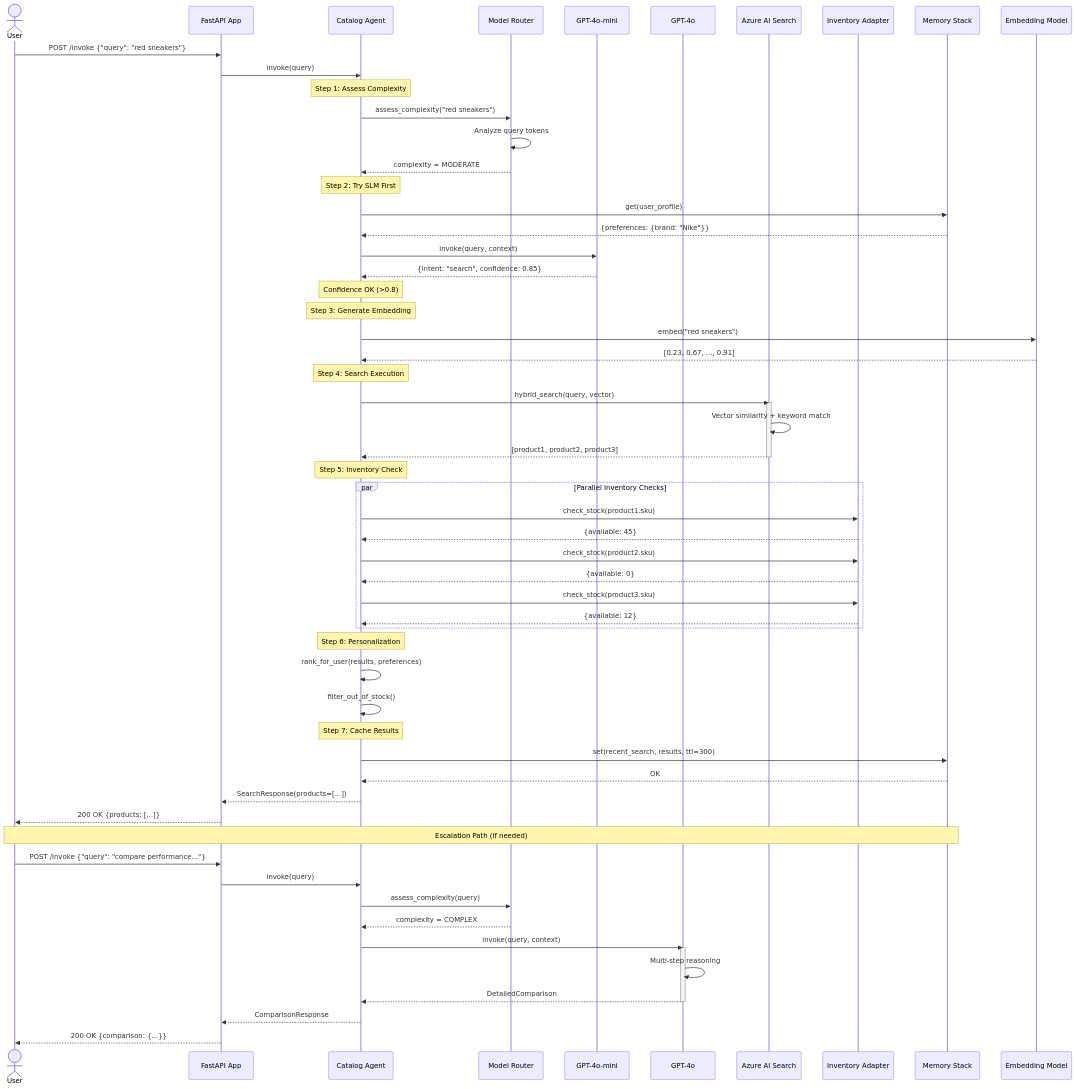
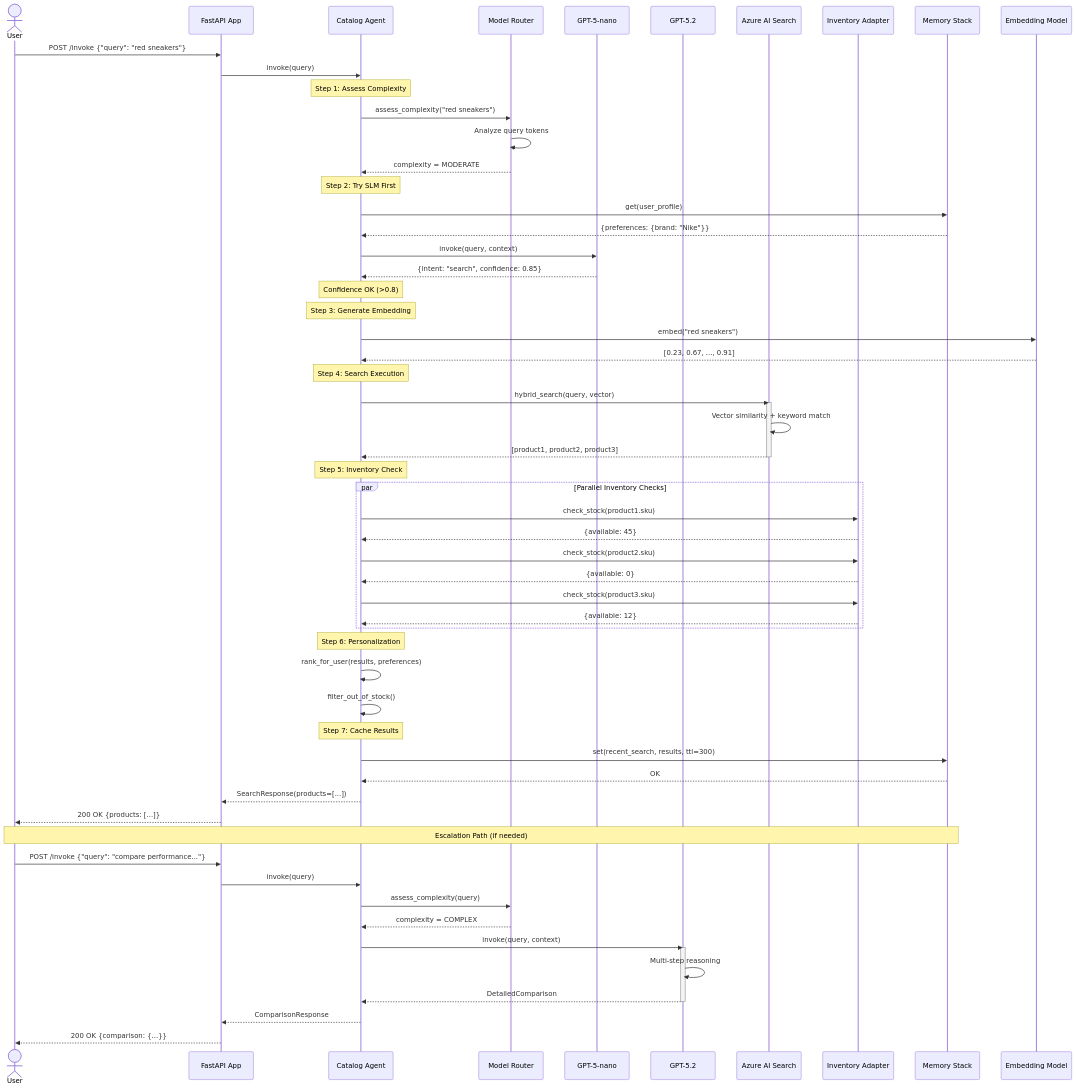
Before and after one commit to Azure-Samples/holiday-peak-hub: the diagram in docs/architecture/diagrams/sequence-catalog-search.md, drawn with Mermaid. The commit also changed 70 other files, not shown here.

````diff
--- a/docs/architecture/diagrams/sequence-catalog-search.md
+++ b/docs/architecture/diagrams/sequence-catalog-search.md
@@ -16,78 +16,78 @@
 ```mermaid
 sequenceDiagram
     actor User
     participant API as FastAPI App
     participant Agent as Catalog Agent
     participant Router as Model Router
-    participant SLM as GPT-4o-mini
-    participant LLM as GPT-4o
+    participant SLM as GPT-5-nano
+    participant LLM as GPT-5.2
     participant Search as Azure AI Search
     participant Inventory as Inventory Adapter
     participant Memory as Memory Stack
     participant Embedding as Embedding Model
 
     User->>API: POST /invoke {"query": "red sneakers"}
     API->>Agent: invoke(query)
     
     Note over Agent: Step 1: Assess Complexity
     Agent->>Router: assess_complexity("red sneakers")
     Router->>Router: Analyze query tokens
     Router-->>Agent: complexity = MODERATE
     
     Note over Agent: Step 2: Try SLM First
     Agent->>Memory: get(user_profile)
     Memory-->>Agent: {preferences: {brand: "Nike"}}
     
     Agent->>SLM: invoke(query, context)
     SLM-->>Agent: {intent: "search", confidence: 0.85}
     
     Note over Agent: Confidence OK (>0.8)
     
     Note over Agent: Step 3: Generate Embedding
     Agent->>Embedding: embed("red sneakers")
     Embedding-->>Agent: [0.23, 0.67, ..., 0.91]
     
     Note over Agent: Step 4: Search Execution
     Agent->>Search: hybrid_search(query, vector)
     activate Search
     Search->>Search: Vector similarity + keyword match
     Search-->>Agent: [product1, product2, product3]
     deactivate Search
     
     Note over Agent: Step 5: Inventory Check
     par Parallel Inventory Checks
         Agent->>Inventory: check_stock(product1.sku)
         Inventory-->>Agent: {available: 45}
         Agent->>Inventory: check_stock(product2.sku)
         Inventory-->>Agent: {available: 0}
         Agent->>Inventory: check_stock(product3.sku)
         Inventory-->>Agent: {available: 12}
     end
     
     Note over Agent: Step 6: Personalization
     Agent->>Agent: rank_for_user(results, preferences)
     Agent->>Agent: filter_out_of_stock()
     
     Note over Agent: Step 7: Cache Results
     Agent->>Memory: set(recent_search, results, ttl=300)
     Memory-->>Agent: OK
     
     Agent-->>API: SearchResponse(products=[...])
     API-->>User: 200 OK {products: [...]}
     
     Note over User,Memory: Escalation Path (if needed)
     
     User->>API: POST /invoke {"query": "compare performance..."}
     API->>Agent: invoke(query)
     Agent->>Router: assess_complexity(query)
     Router-->>Agent: complexity = COMPLEX
     
     Agent->>LLM: invoke(query, context)
     activate LLM
     LLM->>LLM: Multi-step reasoning
     LLM-->>Agent: DetailedComparison
     deactivate LLM
     
     Agent-->>API: ComparisonResponse
     API-->>User: 200 OK {comparison: {...}}
 ```
````
